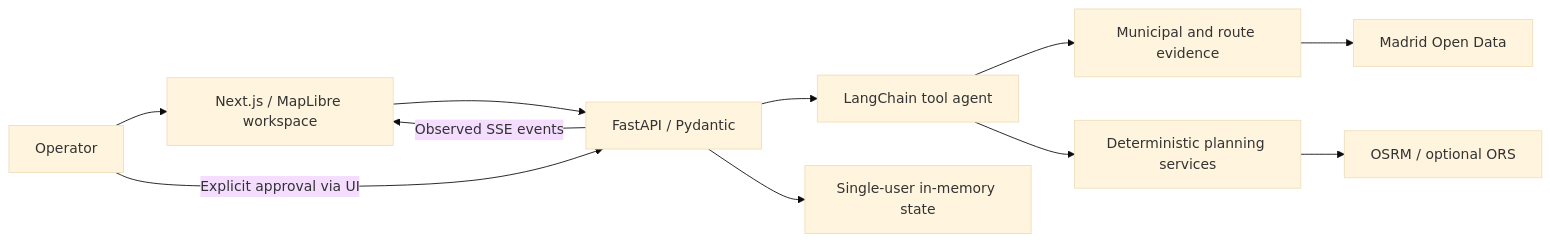
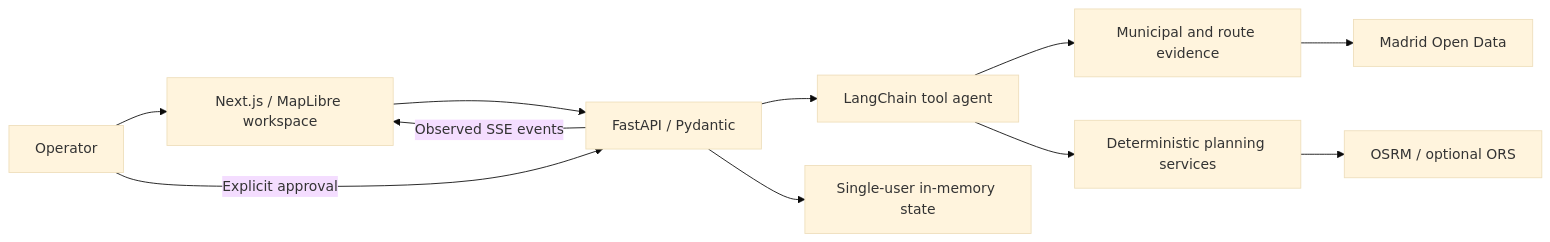
The diagram in README.md (alexgomezz9/curbops-ai), drawn with Mermaid (base theme) before and after one commit. The commit also changed other lines of this file and 12 other files, not shown here.

````diff
--- a/README.md
+++ b/README.md
@@ -47,13 +139,13 @@
 ```mermaid
 flowchart LR
     Operator[Operator] --> UI[Next.js / MapLibre workspace]
     UI --> API[FastAPI / Pydantic]
     API --> Agent[LangChain tool agent]
     Agent --> Read[Municipal and route evidence]
     Agent --> Plan[Deterministic planning services]
     Read --> Madrid[Madrid Open Data]
     Plan --> Router[OSRM / optional ORS]
     API --> State[Single-user in-memory state]
     API -->|Observed SSE events| UI
-    Operator -->|Explicit approval via UI| API
+    Operator -->|Explicit approval| API
 ```
````
